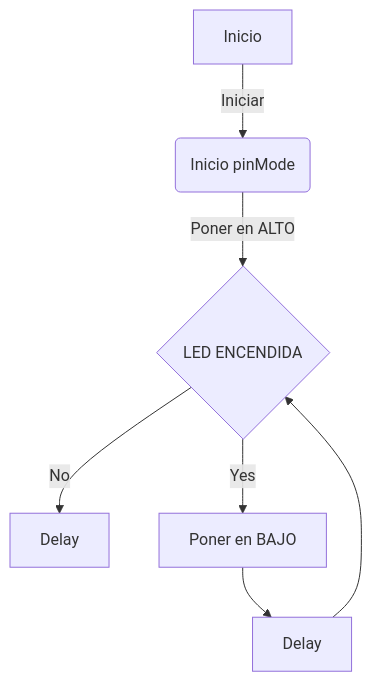
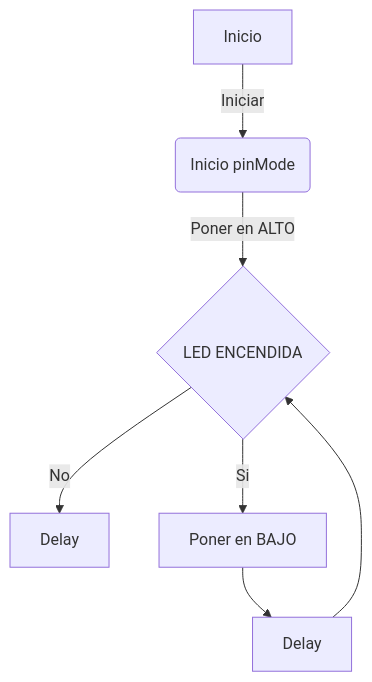
Before and after one commit to XaviFdez/Practica1: the first of 2 diagrams in README.md, drawn with Mermaid.

````diff
--- a/README.md
+++ b/README.md
@@ -171,10 +171,10 @@
 ```mermaid
 graph TD
     A[Inicio] -->|Iniciar| B(Inicio pinMode)
     B -->|Poner en ALTO| C{LED ENCENDIDA}
     C -- No --> D[Delay]
-    C -- Yes --> E[Poner en BAJO]
+    C -- Si --> E[Poner en BAJO]
     E --> F[Delay]
     F --> C
 
 ```
````
